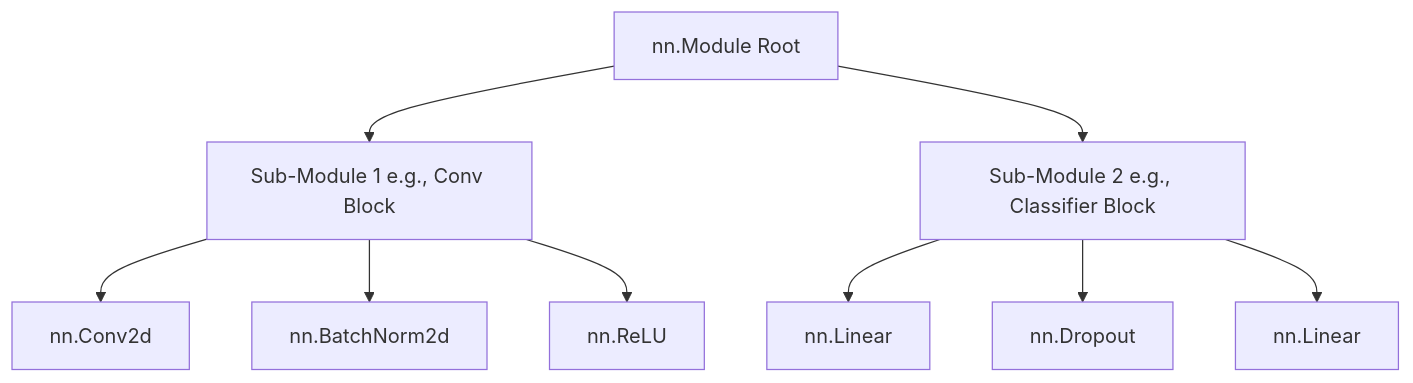
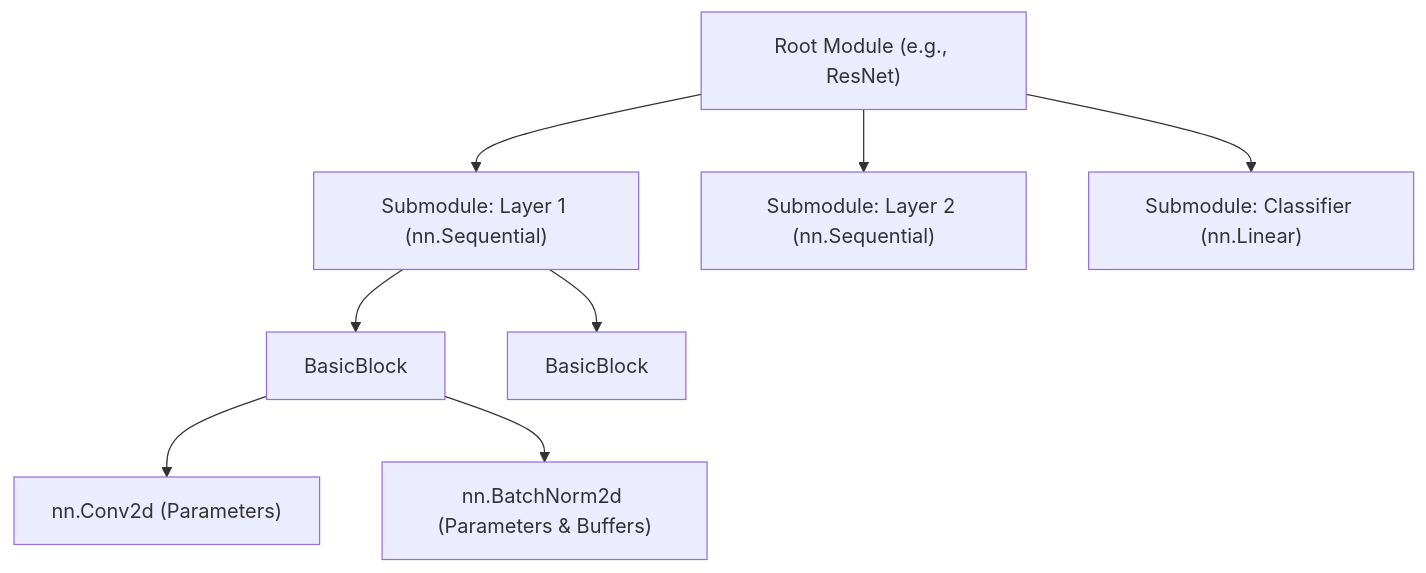
Before and after one commit to Linshu-Song/knowledge-base: the diagram in docs/deep-learning/pytorch-tutorial/02-core-components/02-models/01-nn-module.mdx, drawn with Mermaid. The commit also changed other lines of this file and 37 other files, not shown here.

````diff
--- a/docs/deep-learning/pytorch-tutorial/02-core-components/02-models/01-nn-module.mdx
+++ b/docs/deep-learning/pytorch-tutorial/02-core-components/02-models/01-nn-module.mdx
@@ -82,13 +26,12 @@
 ```mermaid
 graph TD
-    A[nn.Module Root] --> B[Sub-Module 1 e.g., Conv Block]
-    A --> C[Sub-Module 2 e.g., Classifier Block]
+    Root["Root Module (e.g., ResNet)"] --> Sub1["Submodule: Layer 1 (nn.Sequential)"]
+    Root --> Sub2["Submodule: Layer 2 (nn.Sequential)"]
+    Root --> FC["Submodule: Classifier (nn.Linear)"]
     
-    B --> B1[nn.Conv2d]
-    B --> B2[nn.BatchNorm2d]
-    B --> B3[nn.ReLU]
+    Sub1 --> Block1["BasicBlock"]
+    Sub1 --> Block2["BasicBlock"]
     
-    C --> C1[nn.Linear]
-    C --> C2[nn.Dropout]
-    C --> C3[nn.Linear]
+    Block1 --> Conv["nn.Conv2d (Parameters)"]
+    Block1 --> BN["nn.BatchNorm2d (Parameters & Buffers)"]
 ```
````
